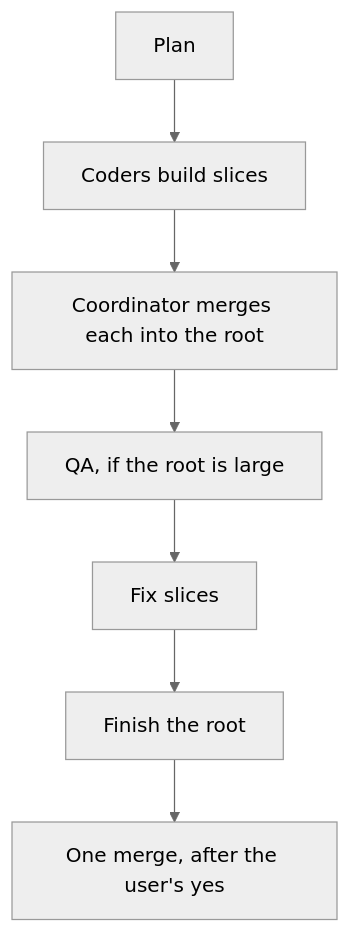
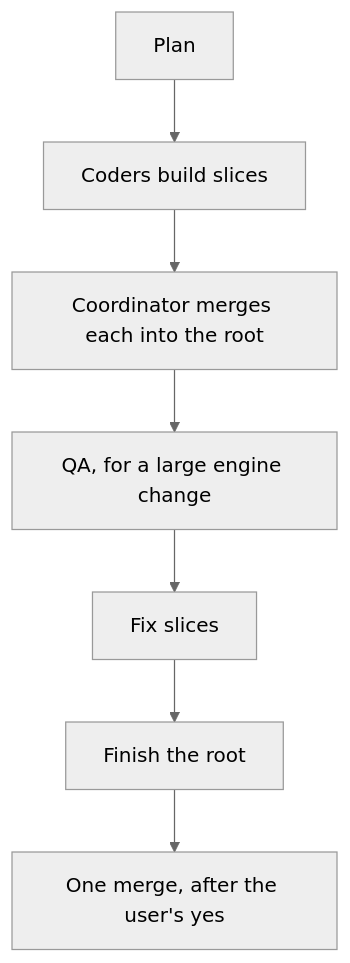
The diagram in docs/skills/parallelize/SKILL.md (Konfus-org/Magic), drawn with Mermaid (neutral theme) before and after one commit. The commit also changed other lines of this file and 24 other files, not shown here.

````diff
--- a/docs/skills/parallelize/SKILL.md
+++ b/docs/skills/parallelize/SKILL.md
@@ -21,5 +21,5 @@
 ```mermaid
 flowchart TD
     Plan --> Coders[Coders build slices] --> Root[Coordinator merges each into the root]
-    Root --> QA[QA, if the root is large] --> Fixes[Fix slices] --> Finish[Finish the root] --> Merge[One merge, after the user's yes]
+    Root --> QA[QA, for a large engine change] --> Fixes[Fix slices] --> Finish[Finish the root] --> Merge[One merge, after the user's yes]
 ```
````
